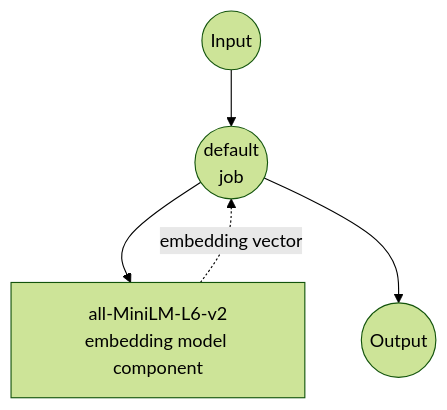
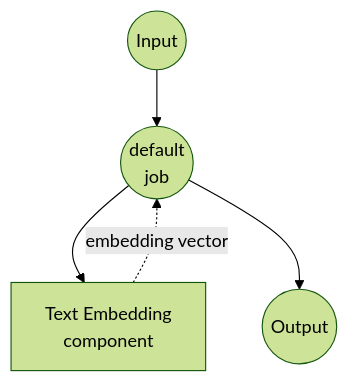
One commit to hanyeol/model-compose changed the diagram in examples/model-tasks/text-embedding/README.md. Above: the diagram before and after it, drawn with Mermaid (forest theme). The commit also changed other lines of this file and 24 other files, not shown here.

````diff
--- a/examples/model-tasks/text-embedding/README.md
+++ b/examples/model-tasks/text-embedding/README.md
@@ -109,16 +111,16 @@
 ```mermaid
 graph TD
     %% Default job (implicit)
     J1((default<br/>job))
 
     %% Component
-    C1[all-MiniLM-L6-v2<br/>embedding model component]
+    C1[Text Embedding<br/>component]
 
     %% Job to component connections (solid: invokes, dotted: returns)
     J1 --> C1
     C1 -.-> |embedding vector| J1
 
     %% Input/Output
     Input((Input)) --> J1
     J1 --> Output((Output))
 ```
````
